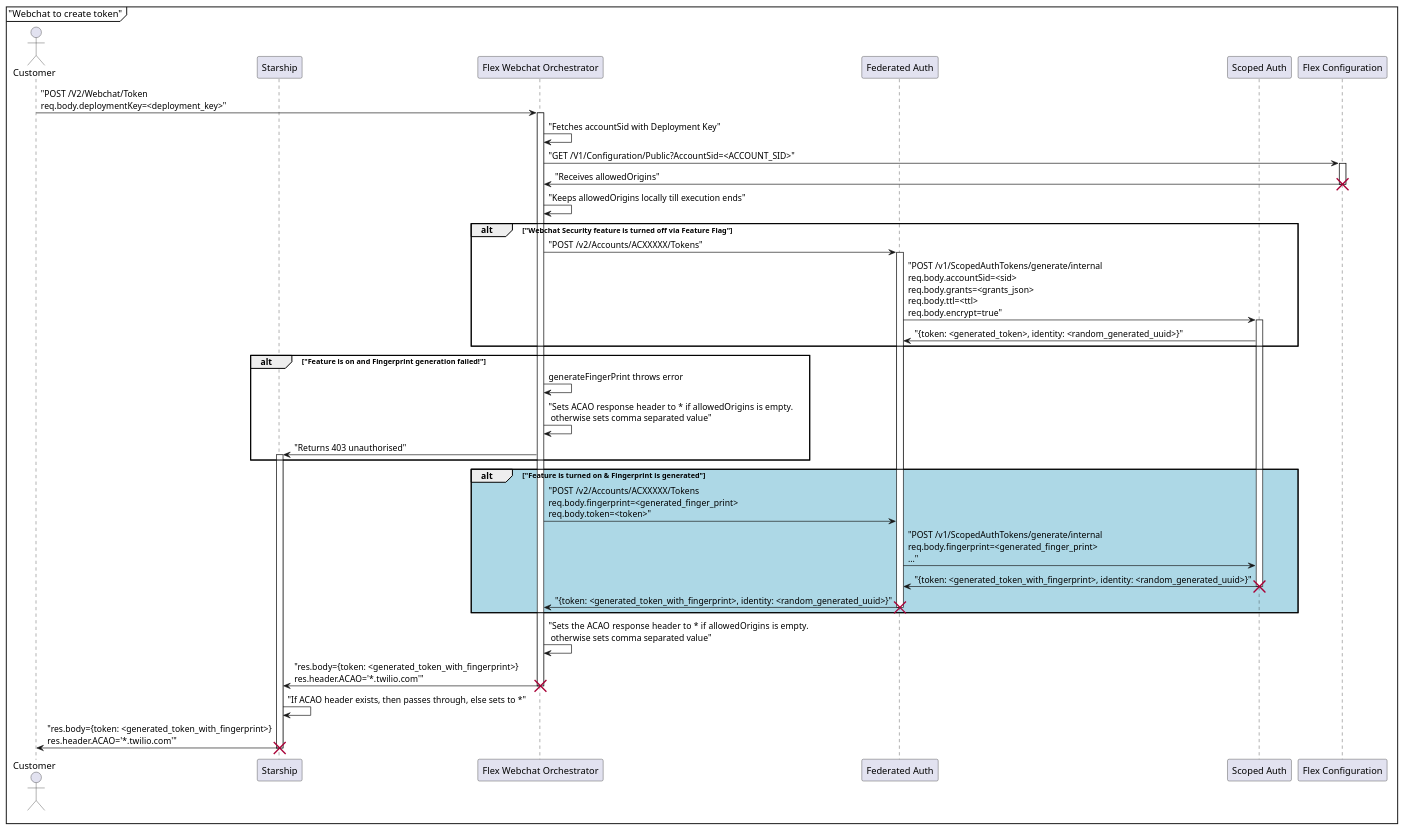
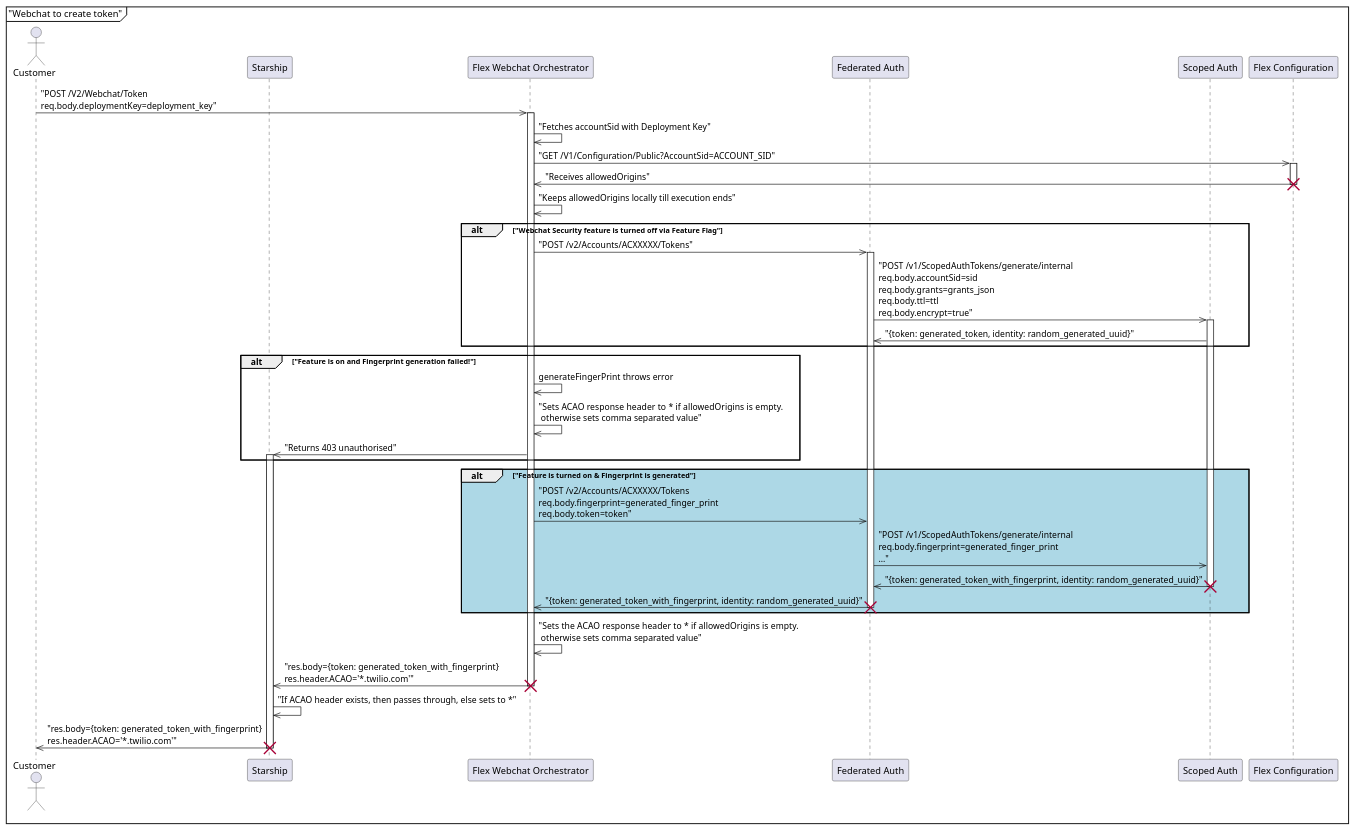
The diagram in init_webchat.puml (twilio/twilio-webchat-react-app), drawn with PlantUML before and after one commit. The commit also changed 2 other files, not shown here.

Commit message:
Adding sequence diagrams

```diff
--- a/init_webchat.puml
+++ b/init_webchat.puml
@@ -1,54 +1,54 @@
 @startuml
 
 actor Customer as C
 participant Starship as S
 participant "Flex Webchat Orchestrator" as FWO
 participant "Federated Auth" as FAS
 participant "Scoped Auth" as SAS
 participant "Flex Configuration" as FC
 
 skinparam SequenceGroupBodyBackgroundColor #FFFFFF90
 
 mainframe "Webchat to create token"
 
-C -> FWO : "POST /V2/Webchat/Token \nreq.body.deploymentKey=<deployment_key>"
+C ->> FWO : "POST /V2/Webchat/Token \nreq.body.deploymentKey=deployment_key"
 activate FWO
-FWO -> FWO : "Fetches accountSid with Deployment Key"
-FWO -> FC : "GET /V1/Configuration/Public?AccountSid=<ACCOUNT_SID>"
+FWO ->> FWO : "Fetches accountSid with Deployment Key"
+FWO ->> FC : "GET /V1/Configuration/Public?AccountSid=ACCOUNT_SID"
 activate FC
-FC -> FWO : "Receives allowedOrigins"
+FC ->> FWO : "Receives allowedOrigins"
 destroy FC
-FWO -> FWO : "Keeps allowedOrigins locally till execution ends"
+FWO ->> FWO : "Keeps allowedOrigins locally till execution ends"
 
 alt "Webchat Security feature is turned off via Feature Flag"
-  FWO -> FAS : "POST /v2/Accounts/ACXXXXX/Tokens"
+  FWO ->> FAS : "POST /v2/Accounts/ACXXXXX/Tokens"
   activate FAS
-  FAS -> SAS : "POST /v1/ScopedAuthTokens/generate/internal \nreq.body.accountSid=<sid>\nreq.body.grants=<grants_json>\nreq.body.ttl=<ttl>\nreq.body.encrypt=true"
+  FAS ->> SAS : "POST /v1/ScopedAuthTokens/generate/internal \nreq.body.accountSid=sid\nreq.body.grants=grants_json\nreq.body.ttl=ttl\nreq.body.encrypt=true"
   activate SAS
-  SAS -> FAS : "{token: <generated_token>, identity: <random_generated_uuid>}"
+  SAS ->> FAS : "{token: generated_token, identity: random_generated_uuid}"
 end
 
 alt "Feature is on and Fingerprint generation failed!"
-  FWO -> FWO: generateFingerPrint throws error
-  FWO -> FWO : "Sets ACAO response header to * if allowedOrigins is  empty. \n otherwise sets comma separated value"
-  FWO -> S : "Returns 403 unauthorised"
+  FWO ->> FWO: generateFingerPrint throws error
+  FWO ->> FWO : "Sets ACAO response header to * if allowedOrigins is  empty. \n otherwise sets comma separated value"
+  FWO ->> S : "Returns 403 unauthorised"
   activate S
 end
 
 alt #LightBlue "Feature is turned on & Fingerprint is generated"
-  FWO -> FAS : "POST /v2/Accounts/ACXXXXX/Tokens \nreq.body.fingerprint=<generated_finger_print> \nreq.body.token=<token>" 
-  FAS -> SAS : "POST /v1/ScopedAuthTokens/generate/internal \nreq.body.fingerprint=<generated_finger_print>\n..."
-  SAS -> FAS : "{token: <generated_token_with_fingerprint>, identity: <random_generated_uuid>}"
+  FWO ->> FAS : "POST /v2/Accounts/ACXXXXX/Tokens \nreq.body.fingerprint=generated_finger_print \nreq.body.token=token" 
+  FAS ->> SAS : "POST /v1/ScopedAuthTokens/generate/internal \nreq.body.fingerprint=generated_finger_print\n..."
+  SAS ->> FAS : "{token: generated_token_with_fingerprint, identity: random_generated_uuid}"
   destroy SAS
-  FAS -> FWO : "{token: <generated_token_with_fingerprint>, identity: <random_generated_uuid>}"
+  FAS ->> FWO : "{token: generated_token_with_fingerprint, identity: random_generated_uuid}"
   destroy FAS
 end
 
-FWO -> FWO : "Sets the ACAO response header to * if allowedOrigins is  empty. \n otherwise sets comma separated value"
-FWO -> S : "res.body={token: <generated_token_with_fingerprint>}\nres.header.ACAO='*.twilio.com'"
+FWO ->> FWO : "Sets the ACAO response header to * if allowedOrigins is  empty. \n otherwise sets comma separated value"
+FWO ->> S : "res.body={token: generated_token_with_fingerprint}\nres.header.ACAO='*.twilio.com'"
 destroy FWO
-S -> S : "If ACAO header exists, then passes through, else sets to *"
-S -> C : "res.body={token: <generated_token_with_fingerprint>}\nres.header.ACAO='*.twilio.com'"
+S ->> S : "If ACAO header exists, then passes through, else sets to *"
+S ->> C : "res.body={token: generated_token_with_fingerprint}\nres.header.ACAO='*.twilio.com'"
 destroy S
 
 @enduml
```
